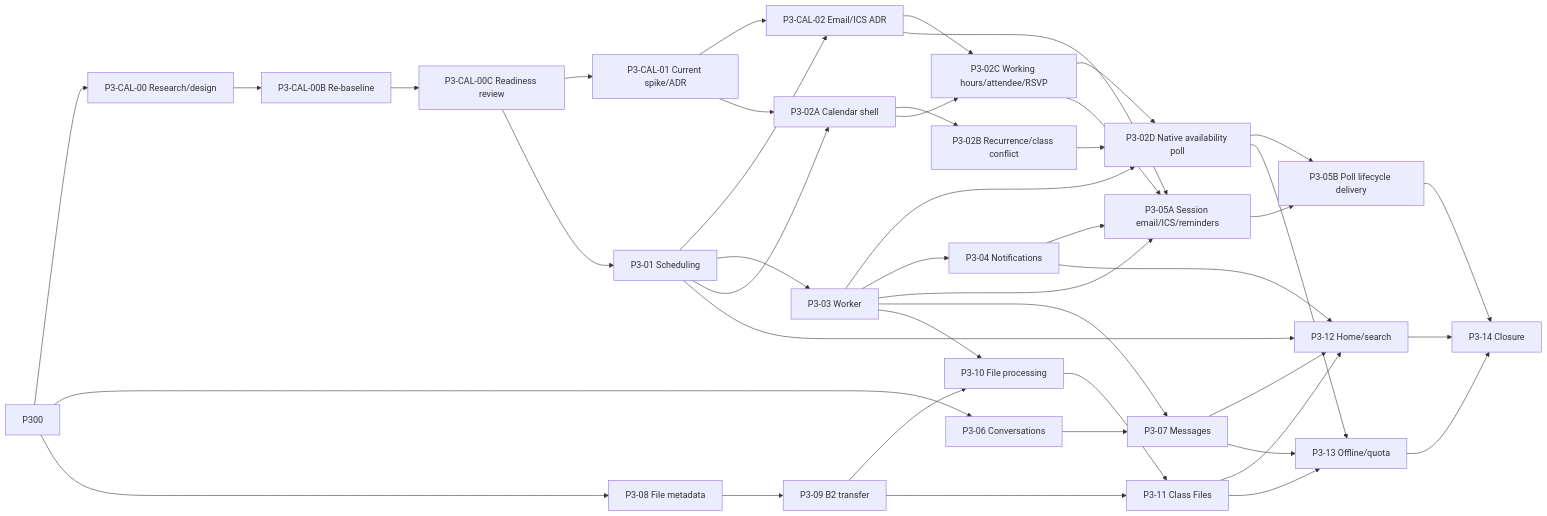
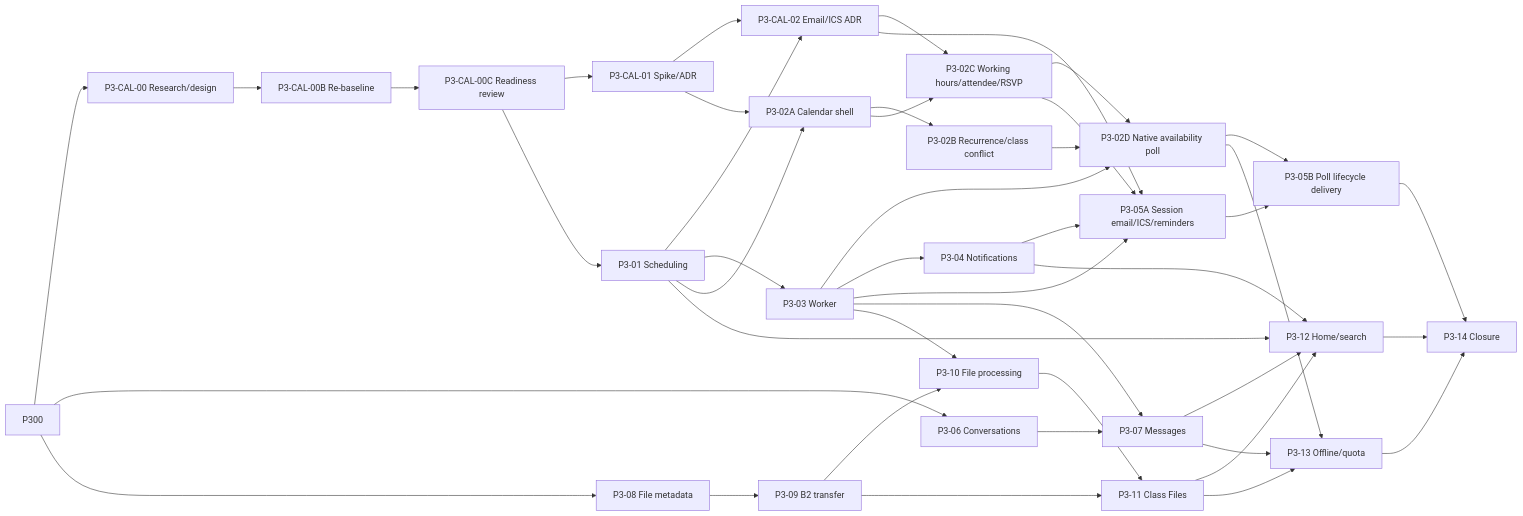
One commit to basangnguyen/TUTORHUB_WEB changed the diagram in docs/PHASE_3_BACKLOG.md. Above: the diagram before and after it, drawn with Mermaid. The commit also changed other lines of this file and 35 other files, not shown here.

Commit message:
feat: accept P3-CAL-01 calendar spike

````diff
--- a/docs/PHASE_3_BACKLOG.md
+++ b/docs/PHASE_3_BACKLOG.md
@@ -108,45 +108,45 @@
 ```mermaid
 flowchart LR
     P300 --> PC00["P3-CAL-00 Research/design"]
     PC00 --> PC00B["P3-CAL-00B Re-baseline"]
     PC00B --> PC00C["P3-CAL-00C Readiness review"]
-    PC00C --> PC01["P3-CAL-01 Current spike/ADR"]
+    PC00C --> PC01["P3-CAL-01 Spike/ADR"]
     PC00C --> P301["P3-01 Scheduling"]
     PC01 --> PC02["P3-CAL-02 Email/ICS ADR"]
     P301 --> PC02
     P301 --> P303["P3-03 Worker"]
     P300 --> P306["P3-06 Conversations"]
     P300 --> P308["P3-08 File metadata"]
     P301 --> P302A["P3-02A Calendar shell"]
     PC01 --> P302A
     P302A --> P302B["P3-02B Recurrence/class conflict"]
     P302A --> P302C["P3-02C Working hours/attendee/RSVP"]
     PC02 --> P302C
     P302B --> P302D["P3-02D Native availability poll"]
     P302C --> P302D
     P303 --> P302D
     P303 --> P304["P3-04 Notifications"]
     P302C --> P305A["P3-05A Session email/ICS/reminders"]
     PC02 --> P305A
     P303 --> P305A
     P304 --> P305A
     P302D --> P305B["P3-05B Poll lifecycle delivery"]
     P305A --> P305B
     P306 --> P307["P3-07 Messages"]
     P303 --> P307
     P308 --> P309["P3-09 B2 transfer"]
     P309 --> P310["P3-10 File processing"]
     P303 --> P310
     P309 --> P311["P3-11 Class Files"]
     P310 --> P311
     P301 --> P312["P3-12 Home/search"]
     P304 --> P312
     P307 --> P312
     P311 --> P312
     P302D --> P313["P3-13 Offline/quota"]
     P307 --> P313
     P311 --> P313
     P305B --> P314["P3-14 Closure"]
     P312 --> P314
     P313 --> P314
 ```
````
